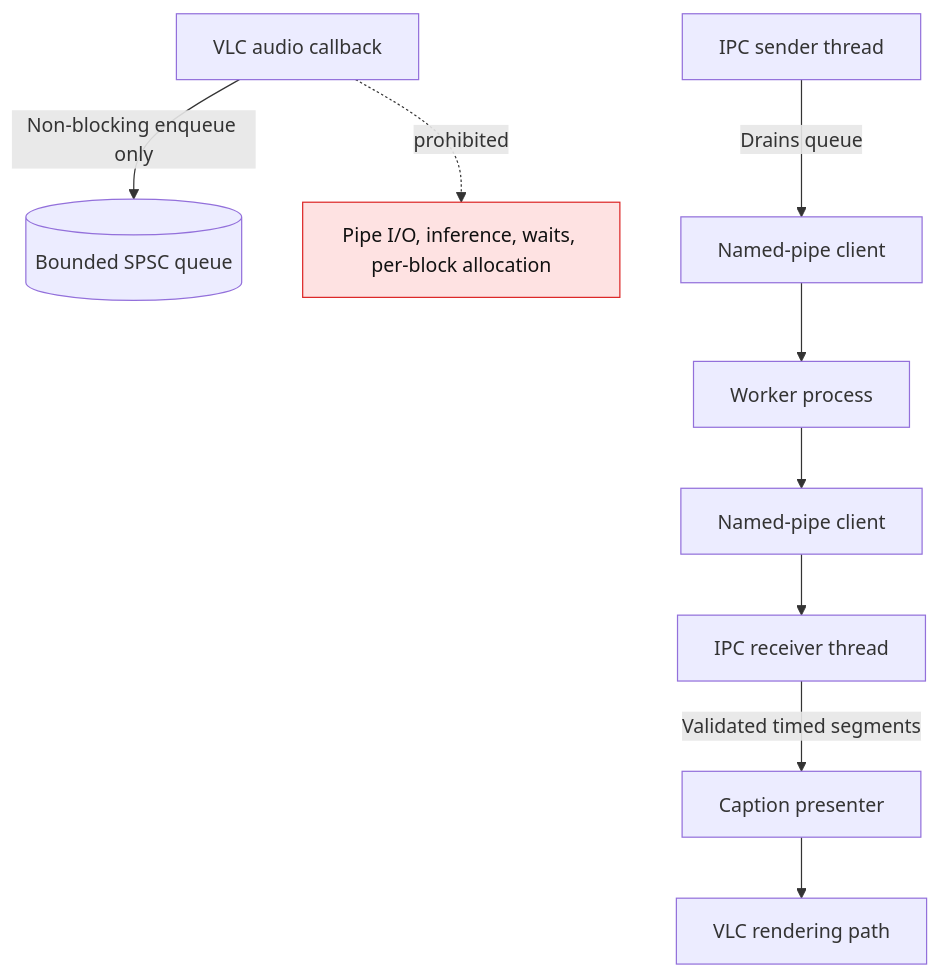
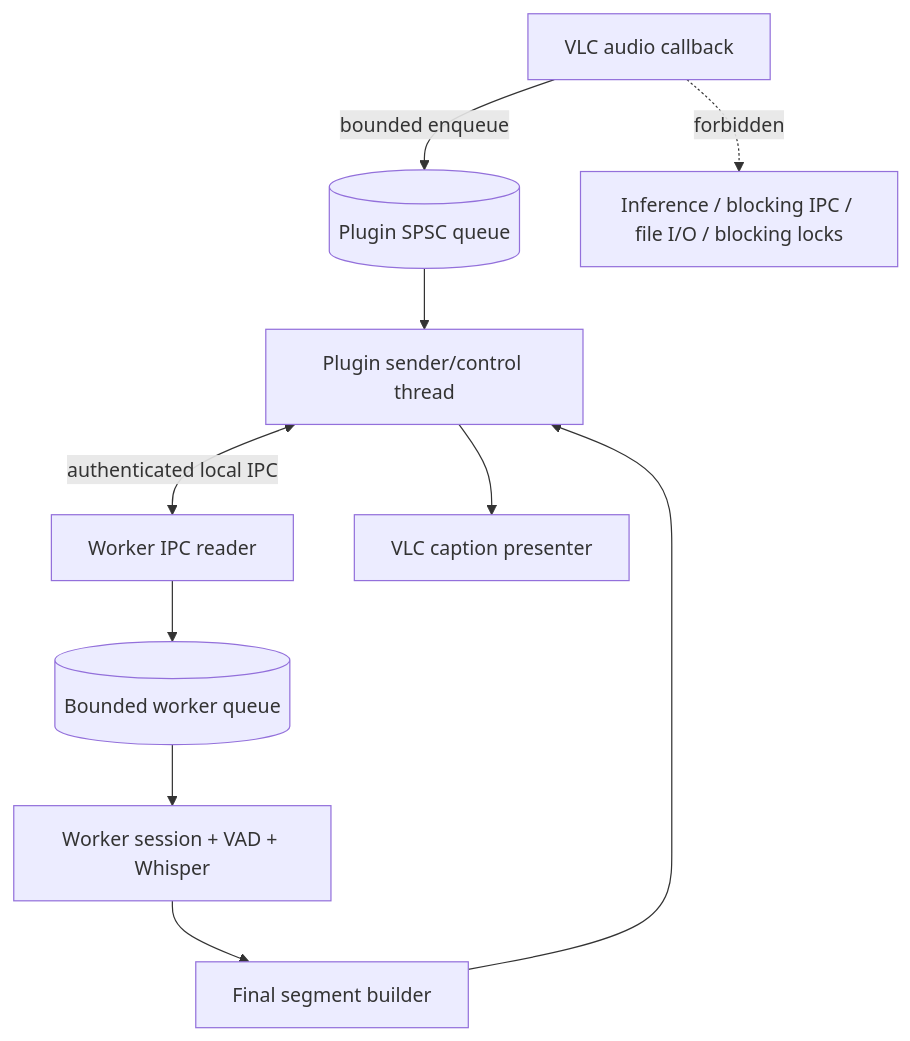
Before and after one commit to rzv04/vlc-whisper: the first of 4 diagrams in docs/diagrams.md, drawn with Mermaid. The commit also changed other lines of this file and 12 other files, not shown here.

````diff
--- a/docs/diagrams.md
+++ b/docs/diagrams.md
@@ -30,14 +7,13 @@
 ```mermaid
 flowchart TB
-    A[VLC audio callback] -->|Non-blocking enqueue only| Q[(Bounded SPSC queue)]
-    A -. prohibited .-> X[Pipe I/O, inference, waits, per-block allocation]
-    T1[IPC sender thread] -->|Drains queue| P[Named-pipe client]
-    P --> W[Worker process]
-    W --> P2[Named-pipe client]
-    P2 --> T2[IPC receiver thread]
-    T2 -->|Validated timed segments| PR[Caption presenter]
-    PR --> V[VLC rendering path]
+    A[VLC audio callback] -->|bounded enqueue| Q[(Plugin SPSC queue)]
+    Q --> S[Plugin sender/control thread]
+    S <-->|authenticated local IPC| R[Worker IPC reader]
+    R --> WQ[(Bounded worker queue)]
+    WQ --> W[Worker session + VAD + Whisper]
+    W --> B[Final segment builder]
+    B --> S
+    S --> P[VLC caption presenter]
 
-    classDef forbidden fill:#fee2e2,stroke:#dc2626,color:#111;
-    class X forbidden;
+    A -. forbidden .-> X[Inference / blocking IPC / file I/O / blocking locks]
 ```
````
